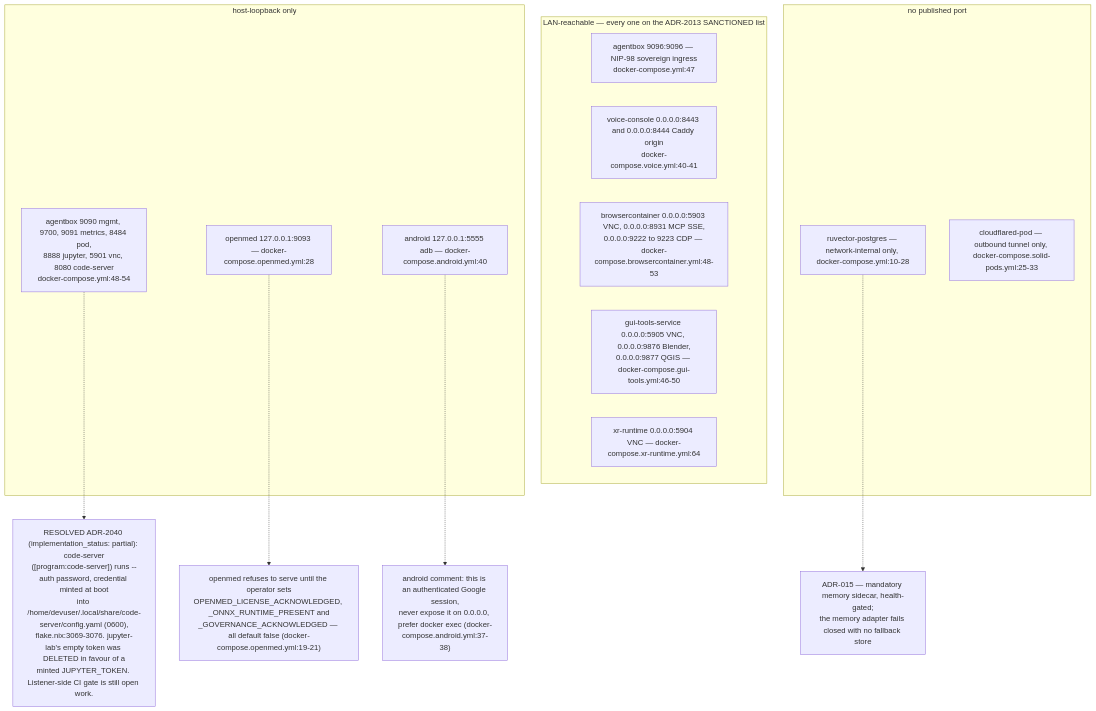
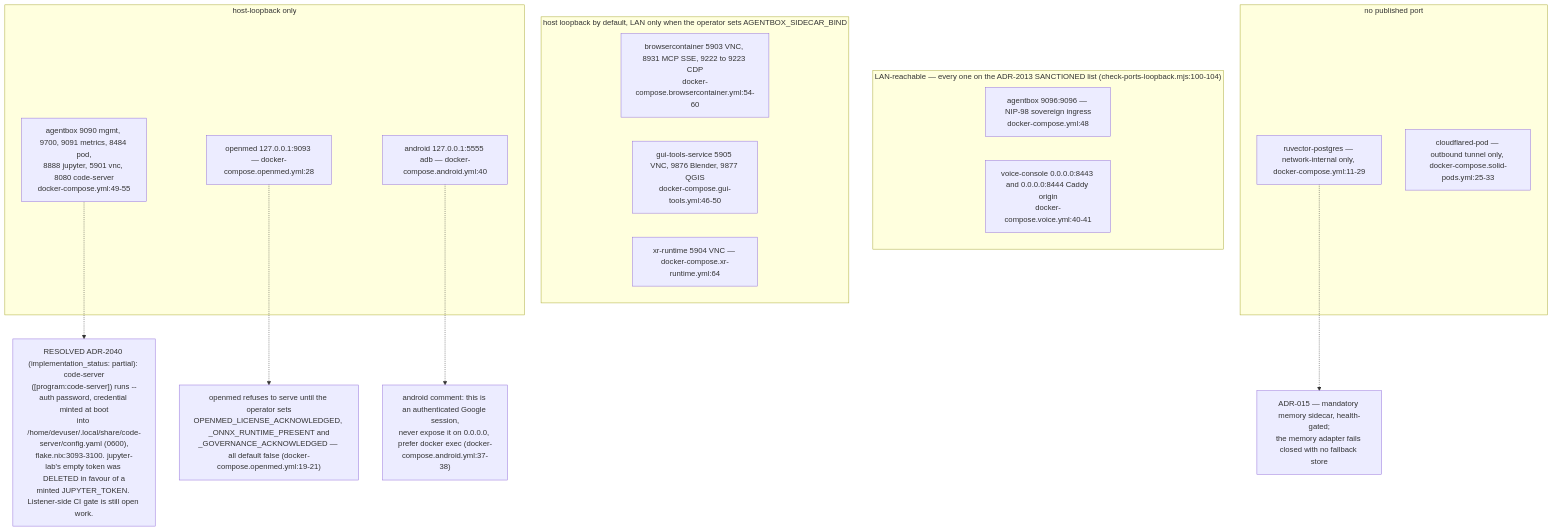
Before and after one commit to DreamLab-AI/VisionFlow: the seventh of 14 diagrams in docs/diagrams/agentbox/06-sidecars-and-compose-overlays.md, drawn with Mermaid. The commit also changed other lines of this file, not shown here.

````diff
--- a/docs/diagrams/agentbox/06-sidecars-and-compose-overlays.md
+++ b/docs/diagrams/agentbox/06-sidecars-and-compose-overlays.md
@@ -223,23 +235,25 @@
 ```mermaid
 flowchart TB
-    subgraph LANP["LAN-reachable — every one on the ADR-2013 SANCTIONED list"]
-        P1["agentbox 9096:9096 — NIP-98 sovereign ingress<br/>docker-compose.yml:47"]
+    subgraph LANP["LAN-reachable — every one on the ADR-2013 SANCTIONED list (check-ports-loopback.mjs:100-104)"]
+        P1["agentbox 9096:9096 — NIP-98 sovereign ingress<br/>docker-compose.yml:48"]
         P2["voice-console 0.0.0.0:8443 and 0.0.0.0:8444 Caddy origin<br/>docker-compose.voice.yml:40-41"]
-        P3["browsercontainer 0.0.0.0:5903 VNC, 0.0.0.0:8931 MCP SSE,<br/>0.0.0.0:9222 to 9223 CDP — docker-compose.browsercontainer.yml:48-53"]
-        P4["gui-tools-service 0.0.0.0:5905 VNC, 0.0.0.0:9876 Blender,<br/>0.0.0.0:9877 QGIS — docker-compose.gui-tools.yml:46-50"]
-        P5["xr-runtime 0.0.0.0:5904 VNC — docker-compose.xr-runtime.yml:64"]
+    end
+    subgraph SBIND["host loopback by default, LAN only when the operator sets AGENTBOX_SIDECAR_BIND"]
+        P3["browsercontainer 5903 VNC, 8931 MCP SSE, 9222 to 9223 CDP<br/>docker-compose.browsercontainer.yml:54-60"]
+        P4["gui-tools-service 5905 VNC, 9876 Blender, 9877 QGIS<br/>docker-compose.gui-tools.yml:46-50"]
+        P5["xr-runtime 5904 VNC — docker-compose.xr-runtime.yml:64"]
     end
     subgraph LOOP["host-loopback only"]
-        Q1["agentbox 9090 mgmt, 9700, 9091 metrics, 8484 pod,<br/>8888 jupyter, 5901 vnc, 8080 code-server<br/>docker-compose.yml:48-54"]
+        Q1["agentbox 9090 mgmt, 9700, 9091 metrics, 8484 pod,<br/>8888 jupyter, 5901 vnc, 8080 code-server<br/>docker-compose.yml:49-55"]
         Q2["openmed 127.0.0.1:9093 — docker-compose.openmed.yml:28"]
         Q3["android 127.0.0.1:5555 adb — docker-compose.android.yml:40"]
     end
     subgraph NONE["no published port"]
-        R1["ruvector-postgres — network-internal only, docker-compose.yml:10-28"]
+        R1["ruvector-postgres — network-internal only, docker-compose.yml:11-29"]
         R2["cloudflared-pod — outbound tunnel only, docker-compose.solid-pods.yml:25-33"]
     end
     Q3 -.-> AND["android comment: this is an authenticated Google session,<br/>never expose it on 0.0.0.0, prefer docker exec (docker-compose.android.yml:37-38)"]
     Q2 -.-> OM["openmed refuses to serve until the operator sets<br/>OPENMED_LICENSE_ACKNOWLEDGED, _ONNX_RUNTIME_PRESENT and<br/>_GOVERNANCE_ACKNOWLEDGED — all default false (docker-compose.openmed.yml:19-21)"]
-    Q1 -.-> CSR["RESOLVED ADR-2040 (implementation_status: partial): code-server<br/>([program:code-server]) runs --auth password, credential minted at boot<br/>into /home/devuser/.local/share/code-server/config.yaml (0600),<br/>flake.nix:3069-3076. jupyter-lab's empty token was DELETED in favour of a<br/>minted JUPYTER_TOKEN. Listener-side CI gate is still open work."]
+    Q1 -.-> CSR["RESOLVED ADR-2040 (implementation_status: partial): code-server<br/>([program:code-server]) runs --auth password, credential minted at boot<br/>into /home/devuser/.local/share/code-server/config.yaml (0600),<br/>flake.nix:3093-3100. jupyter-lab's empty token was DELETED in favour of a<br/>minted JUPYTER_TOKEN. Listener-side CI gate is still open work."]
     R1 -.-> PGN["ADR-015 — mandatory memory sidecar, health-gated;<br/>the memory adapter fails closed with no fallback store"]
 ```
````
